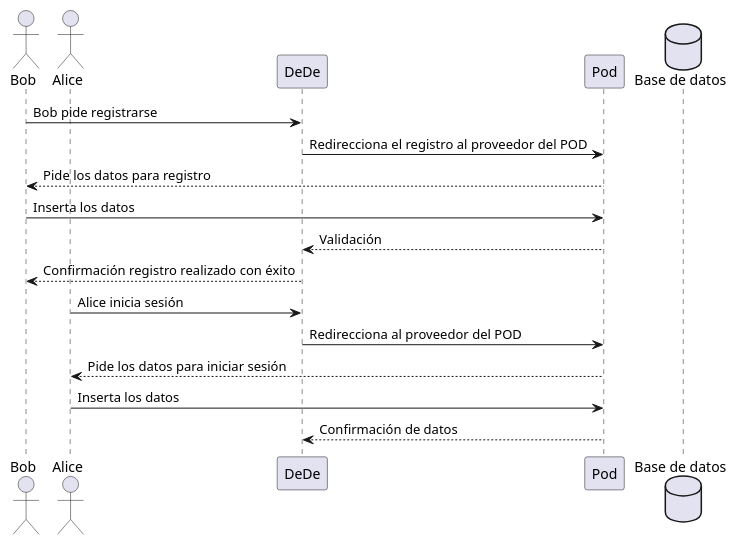
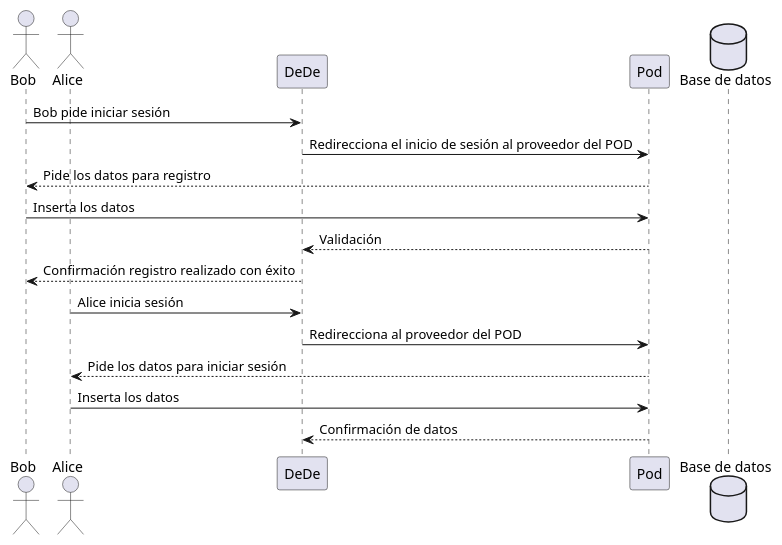
The first of 4 diagrams in docs/06_runtime_view.adoc (Arquisoft/dede_es6b), drawn with PlantUML before and after one commit. The commit also changed other lines of this file and 2 other files, not shown here.

```diff
--- a/docs/06_runtime_view.adoc
+++ b/docs/06_runtime_view.adoc
@@ -9,19 +9,19 @@
 [plantuml,"06_runtime_registro",png]
 ----
 actor Bob
 actor Alice
 participant DeDe
 participant Pod
 database bd as "Base de datos"
-Bob -> DeDe: Bob pide registrarse
-DeDe -> Pod: Redirecciona el registro al proveedor del POD
+Bob -> DeDe: Bob pide iniciar sesión
+DeDe -> Pod: Redirecciona el inicio de sesión al proveedor del POD
 Bob <-- Pod: Pide los datos para registro
 Bob -> Pod: Inserta los datos
 DeDe <-- Pod: Validación
 Bob <-- DeDe: Confirmación registro realizado con éxito
 Alice -> DeDe: Alice inicia sesión 
 DeDe -> Pod: Redirecciona al proveedor del POD
 Alice <-- Pod: Pide los datos para iniciar sesión
 Alice -> Pod: Inserta los datos
 DeDe <-- Pod: Confirmación de datos
 ----
```
